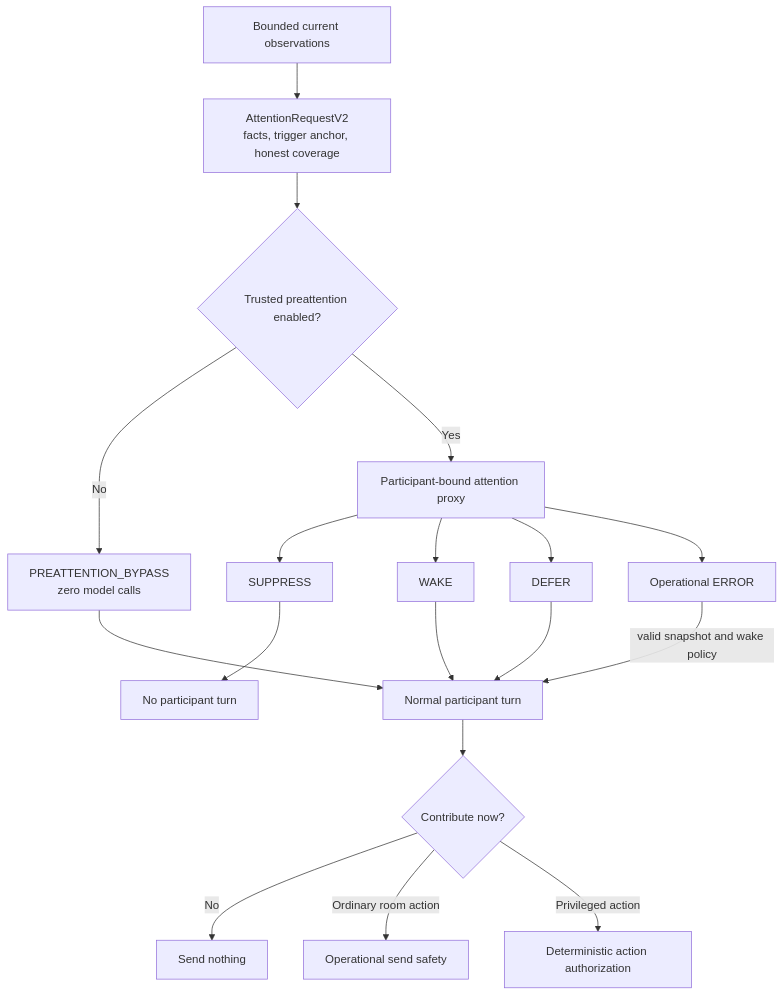
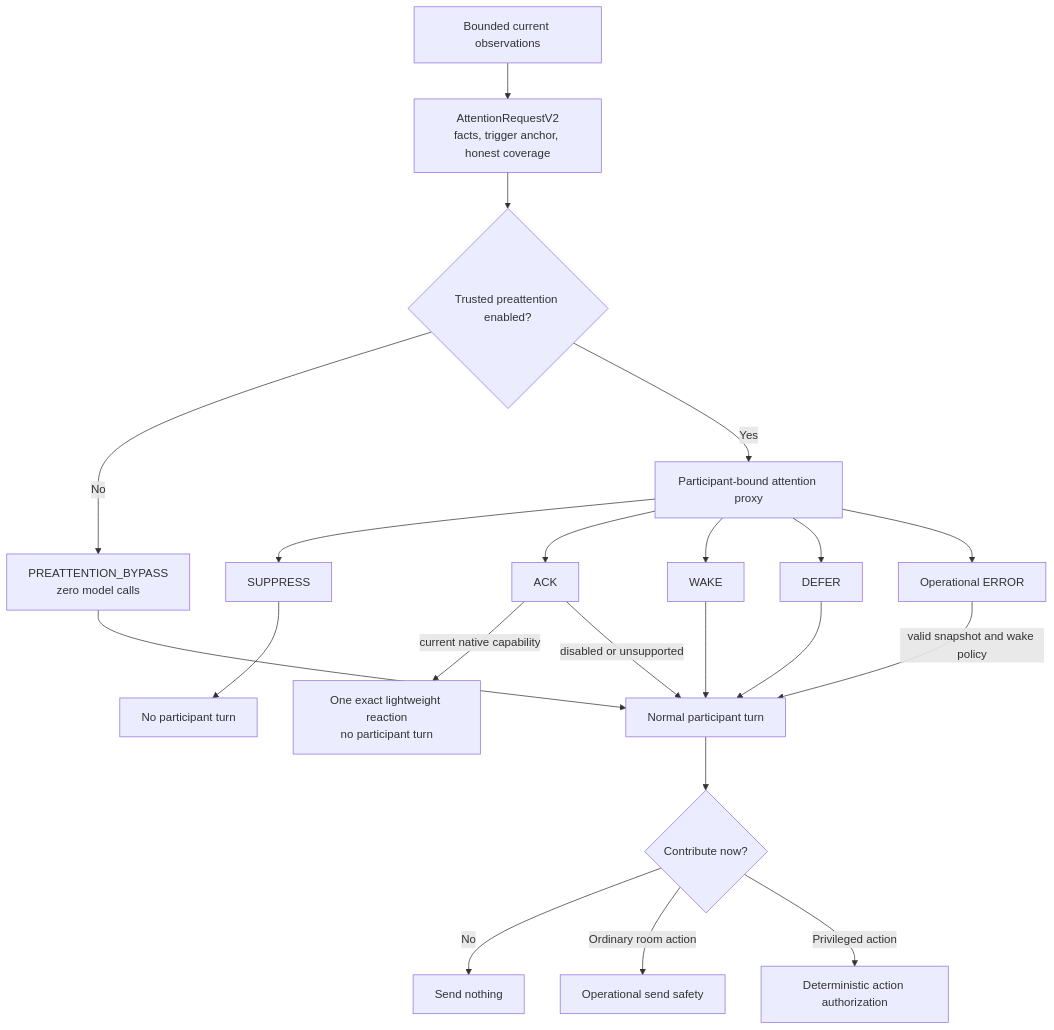
The fourth of 8 diagrams in docs/architecture/v2-selected-design.md (mentatzoe/nunchi), drawn with Mermaid before and after one commit. The commit also changed other lines of this file and 42 other files, not shown here.

````diff
--- a/docs/architecture/v2-selected-design.md
+++ b/docs/architecture/v2-selected-design.md
@@ -150,20 +150,23 @@
 ```mermaid
 flowchart TB
     Observations["Bounded current observations"] --> Request["AttentionRequestV2<br/>facts, trigger anchor, honest coverage"]
     Request --> Policy{"Trusted preattention enabled?"}
     Policy -->|"No"| Bypass["PREATTENTION_BYPASS<br/>zero model calls"]
     Policy -->|"Yes"| Proxy["Participant-bound attention proxy"]
     Proxy --> Suppress["SUPPRESS"]
+    Proxy --> Ack["ACK"]
     Proxy --> Wake["WAKE"]
     Proxy --> Defer["DEFER"]
     Proxy --> Error["Operational ERROR"]
     Wake --> Participant["Normal participant turn"]
+    Ack -->|"current native capability"| Reaction["One exact lightweight reaction<br/>no participant turn"]
+    Ack -->|"disabled or unsupported"| Participant
     Defer --> Participant
     Bypass --> Participant
     Error -->|"valid snapshot and wake policy"| Participant
     Suppress --> NoWake["No participant turn"]
     Participant --> Act{"Contribute now?"}
     Act -->|"No"| Silent["Send nothing"]
     Act -->|"Ordinary room action"| Send["Operational send safety"]
     Act -->|"Privileged action"| Guard["Deterministic action authorization"]
 ```
````
